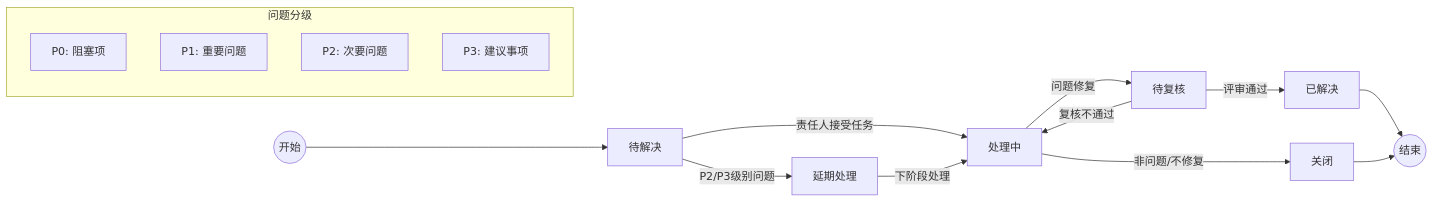
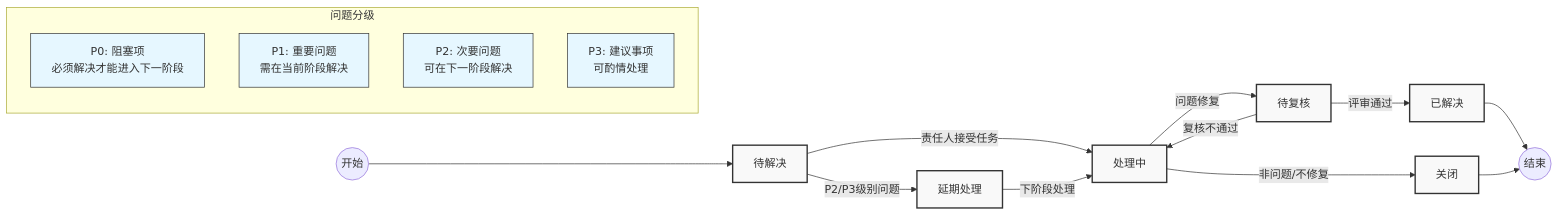
The seventh of 11 diagrams in 开发流程图.md (Taskon-xyz/PR), drawn with Mermaid before and after one commit. The commit also changed other lines of this file and 1 other file, not shown here.

````diff
--- a/开发流程图.md
+++ b/开发流程图.md
@@ -197,20 +180,27 @@
 ```mermaid
 graph LR
+    classDef stateNode fill:#f9f9f9,stroke:#333,stroke-width:2px,color:#333
+    classDef eventArrow stroke:#666,stroke-width:1.5px
+    classDef issueLevel fill:#e6f7ff,stroke:#333,stroke-width:1px
+    
     Start((开始)) --> A[待解决]
     A -->|责任人接受任务| B[处理中]
     B -->|问题修复| C[待复核]
     C -->|评审通过| D[已解决]
     C -->|复核不通过| B
     A -->|P2/P3级别问题| E[延期处理]
     E -->|下阶段处理| B
     B -->|非问题/不修复| F[关闭]
     D --> End((结束))
     F --> End
     
     subgraph 问题分级
-    P0[P0: 阻塞项]
-    P1[P1: 重要问题]
-    P2[P2: 次要问题]
-    P3[P3: 建议事项]
+    P0["P0: 阻塞项<br>必须解决才能进入下一阶段"]
+    P1["P1: 重要问题<br>需在当前阶段解决"]
+    P2["P2: 次要问题<br>可在下一阶段解决"]
+    P3["P3: 建议事项<br>可酌情处理"]
     end
+    
+    class A,B,C,D,E,F stateNode
+    class P0,P1,P2,P3 issueLevel
 ```
````
